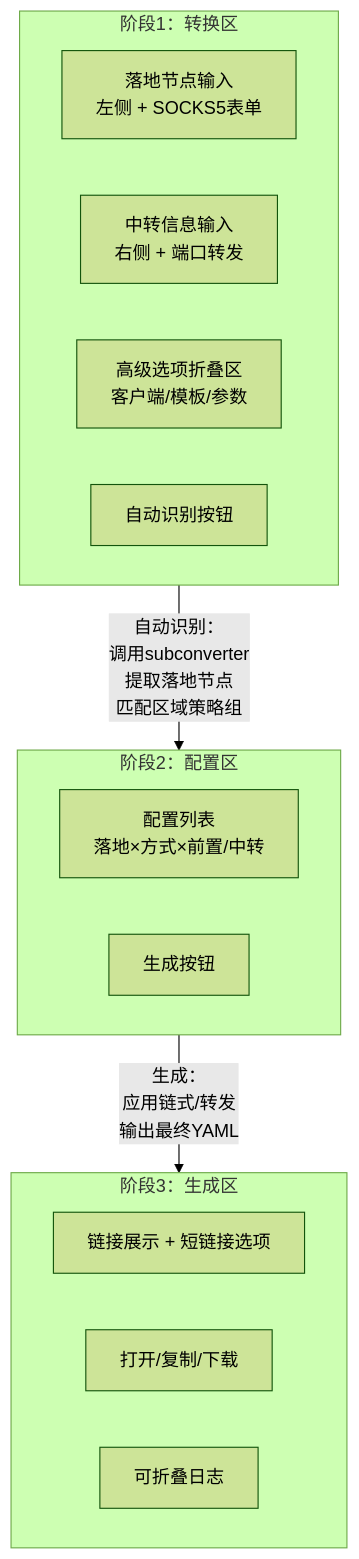
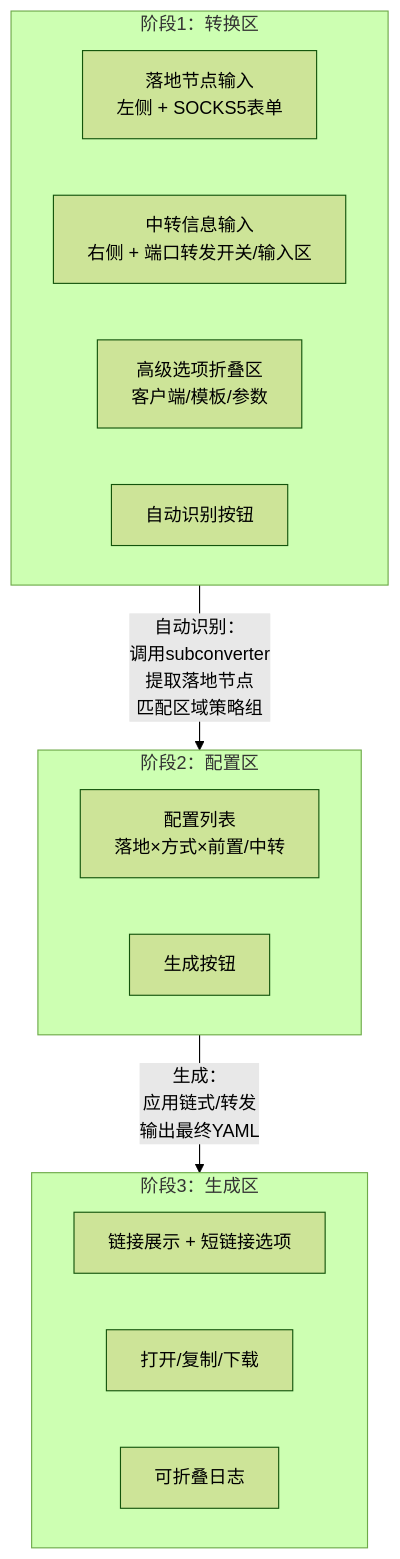
Before and after one commit to slackworker/chain-subconverter: the second of 2 diagrams in docs/spec/01-overview.md, drawn with Mermaid (forest theme). The commit also changed 1 other file, not shown here.

Commit message:
docs: enhance frontend specification with detailed input methods and port forwarding functionality

````diff
--- a/docs/spec/01-overview.md
+++ b/docs/spec/01-overview.md
@@ -51,23 +51,23 @@
 ```mermaid
 flowchart TD
   subgraph Stage1[阶段1：转换区]
     L1[落地节点输入<br/>左侧 + SOCKS5表单]
-    T1[中转信息输入<br/>右侧 + 端口转发]
+    T1[中转信息输入<br/>右侧 + 端口转发开关/输入区]
     ADV[高级选项折叠区<br/>客户端/模板/参数]
     BTN1[自动识别按钮]
   end
 
   subgraph Stage2[阶段2：配置区]
     LIST[配置列表<br/>落地×方式×前置/中转]
     BTN2[生成按钮]
   end
 
   subgraph Stage3[阶段3：生成区]
     LINK[链接展示 + 短链接选项]
     ACTIONS[打开/复制/下载]
     LOG[可折叠日志]
   end
 
   Stage1 -->|"自动识别：<br/>调用subconverter<br/>提取落地节点<br/>匹配区域策略组"| Stage2
   Stage2 -->|"生成：<br/>应用链式/转发<br/>输出最终YAML"| Stage3
 ```
````
